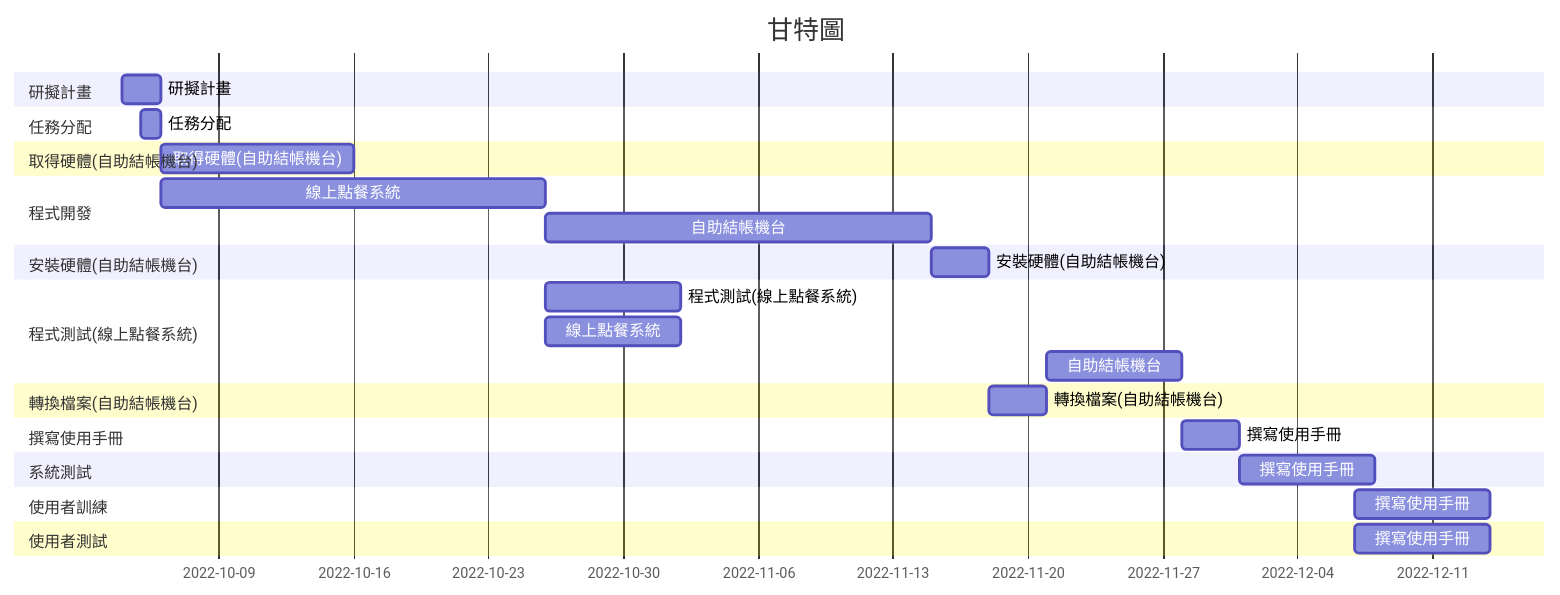
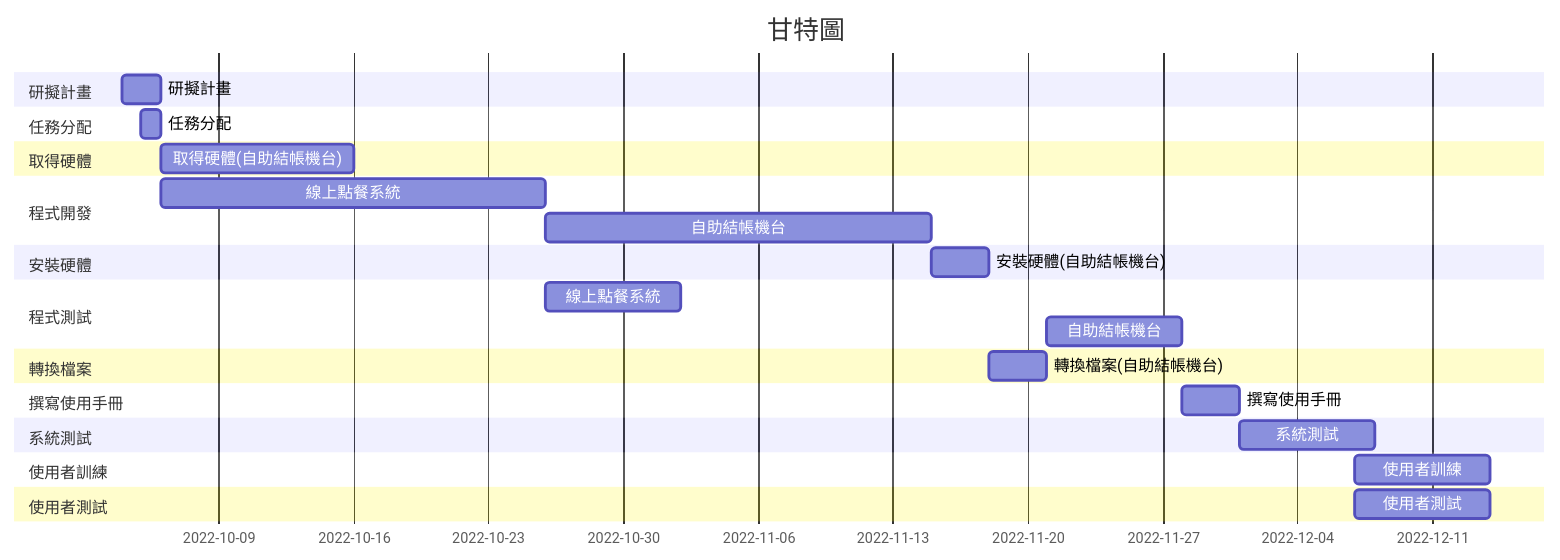
Before and after one commit to bingxueNKUST/group12: the first of 2 diagrams in README.md, drawn with Mermaid. The commit also changed other lines of this file, not shown here.

````diff
--- a/README.md
+++ b/README.md
@@ -9,41 +9,39 @@
 ```mermaid
 gantt
     title 甘特圖
     section 研擬計畫
     研擬計畫:a1, 2022-10-04, 2d
     
     section 任務分配
     任務分配:2022-10-05  , 1d
     
-    section 取得硬體(自助結帳機台)
+    section 取得硬體
     取得硬體(自助結帳機台):2022-10-06, 10d
     
     section 程式開發
     線上點餐系統:2022-10-6, 20d
     自助結帳機台:2022-10-26, 20d
     
-    section 安裝硬體(自助結帳機台)
+    section 安裝硬體
     安裝硬體(自助結帳機台):2022-11-15, 3d
     
-    section 程式測試(線上點餐系統)
-    程式測試(線上點餐系統):2022-10-26, 7d
     
-    section 程式測試(線上點餐系統)
+    section 程式測試
     線上點餐系統:2022-10-26, 7d
     自助結帳機台:2022-11-21, 7d
     
-    section 轉換檔案(自助結帳機台)
+    section 轉換檔案
     轉換檔案(自助結帳機台):2022-11-18, 3d
     
     section 撰寫使用手冊
     撰寫使用手冊:2022-11-28, 3d
     
     section 系統測試
-    撰寫使用手冊:2022-12-01, 7d
+    系統測試:2022-12-01, 7d
     
     section 使用者訓練
-    撰寫使用手冊:2022-12-07, 7d
+    使用者訓練:2022-12-07, 7d
     
     section 使用者測試
-    撰寫使用手冊:2022-12-07, 7d
+    使用者測試:2022-12-07, 7d
 ```
````
